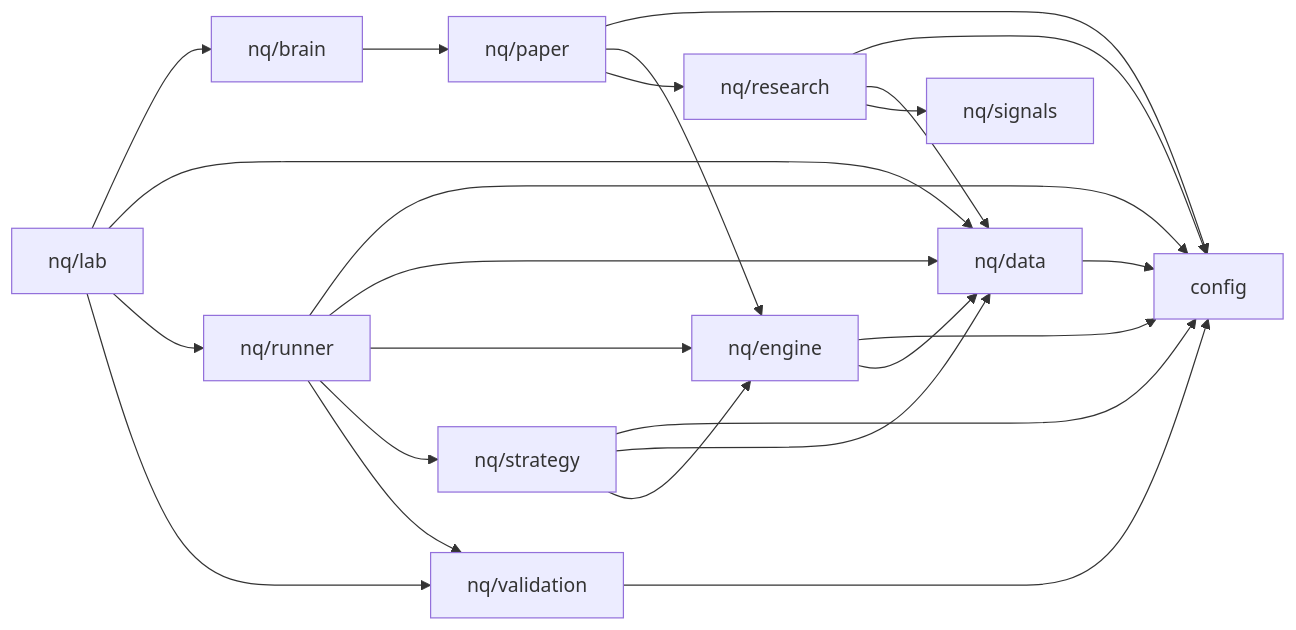
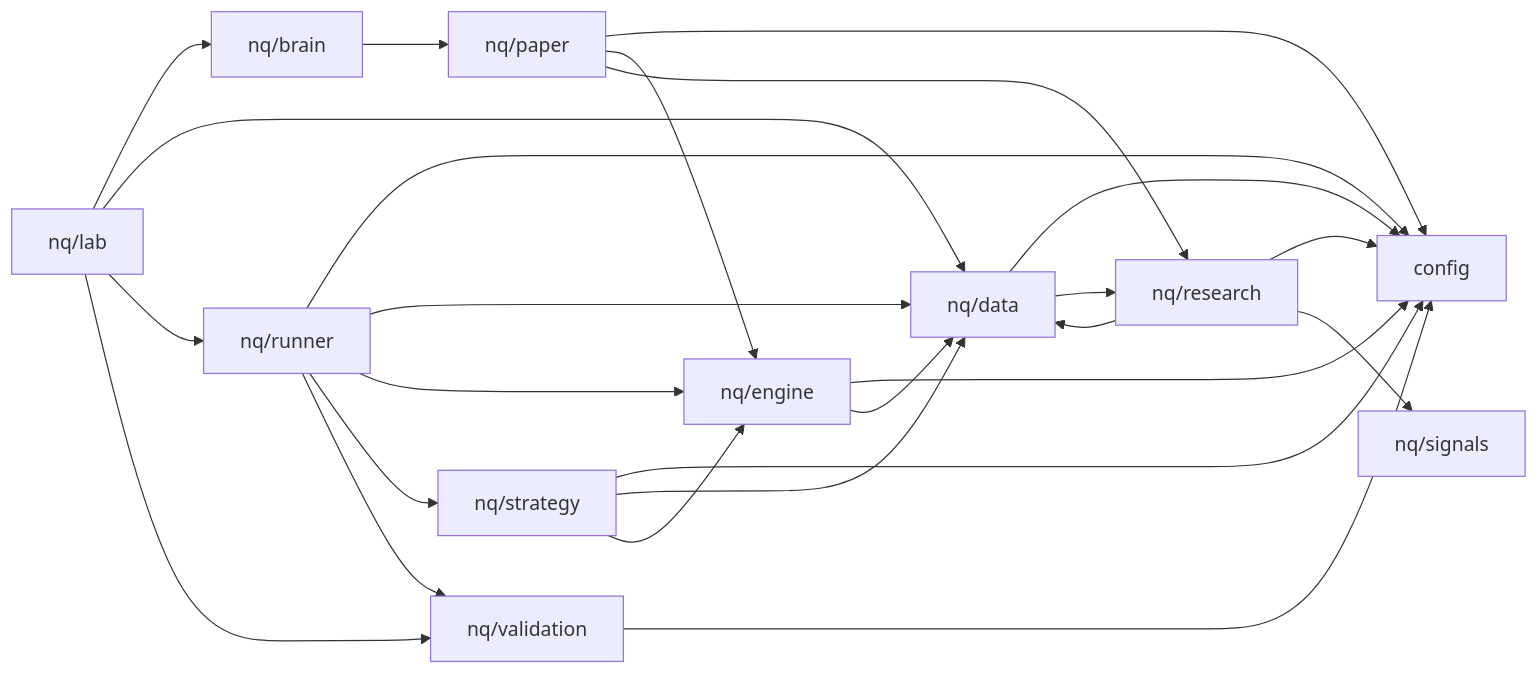
Before and after one commit to kreeshpatel/nifty-satvik: the diagram in docs/DEPENDENCY_MAP.md, drawn with Mermaid. The commit also changed 36 other files, not shown here.

````diff
--- a/docs/DEPENDENCY_MAP.md
+++ b/docs/DEPENDENCY_MAP.md
@@ -11,37 +11,38 @@
 ```mermaid
 flowchart LR
     config["config"]
     nq_brain["nq/brain"]
     nq_data["nq/data"]
     nq_engine["nq/engine"]
     nq_lab["nq/lab"]
     nq_paper["nq/paper"]
     nq_research["nq/research"]
     nq_runner["nq/runner"]
     nq_signals["nq/signals"]
     nq_strategy["nq/strategy"]
     nq_validation["nq/validation"]
     nq_brain --> nq_paper
     nq_data --> config
+    nq_data --> nq_research
     nq_engine --> config
     nq_engine --> nq_data
     nq_lab --> nq_brain
     nq_lab --> nq_data
     nq_lab --> nq_runner
     nq_lab --> nq_validation
     nq_paper --> config
     nq_paper --> nq_engine
     nq_paper --> nq_research
     nq_research --> config
     nq_research --> nq_data
     nq_research --> nq_signals
     nq_runner --> config
     nq_runner --> nq_data
     nq_runner --> nq_engine
     nq_runner --> nq_strategy
     nq_runner --> nq_validation
     nq_strategy --> config
     nq_strategy --> nq_data
     nq_strategy --> nq_engine
     nq_validation --> config
 ```
````
